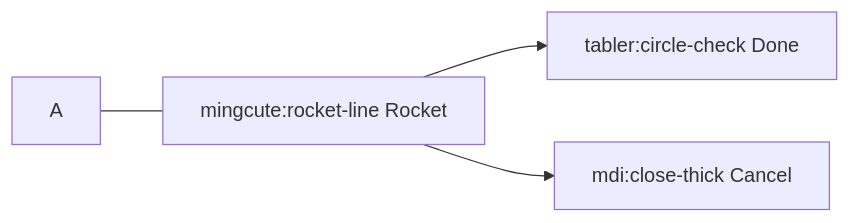
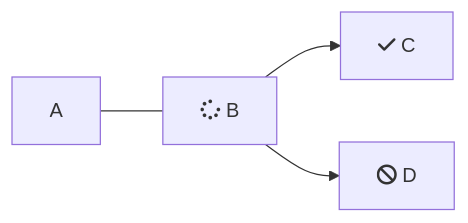
One commit to aerdman1/Erd-Docs changed the diagram in docs/MDX/simple-banner/test.md. Above: the diagram before and after it, drawn with Mermaid. The commit also changed other lines of this file, not shown here.

Commit message:
Update doc `test`

````diff
--- a/docs/MDX/simple-banner/test.md
+++ b/docs/MDX/simple-banner/test.md
@@ -18,7 +11,6 @@
 ```mermaid
-flowchart LR
-  A --- B[mingcute:rocket-line Rocket]
-  B --> C[tabler:circle-check Done]
-  B --> D[mdi:close-thick Cancel]
-
+flowchart LR 
+ A --- B[fa:fa-spinner B] 
+ B --> C[fa:fa-check C] 
+ B --> D[fa:fa-ban D]
 ```
````
